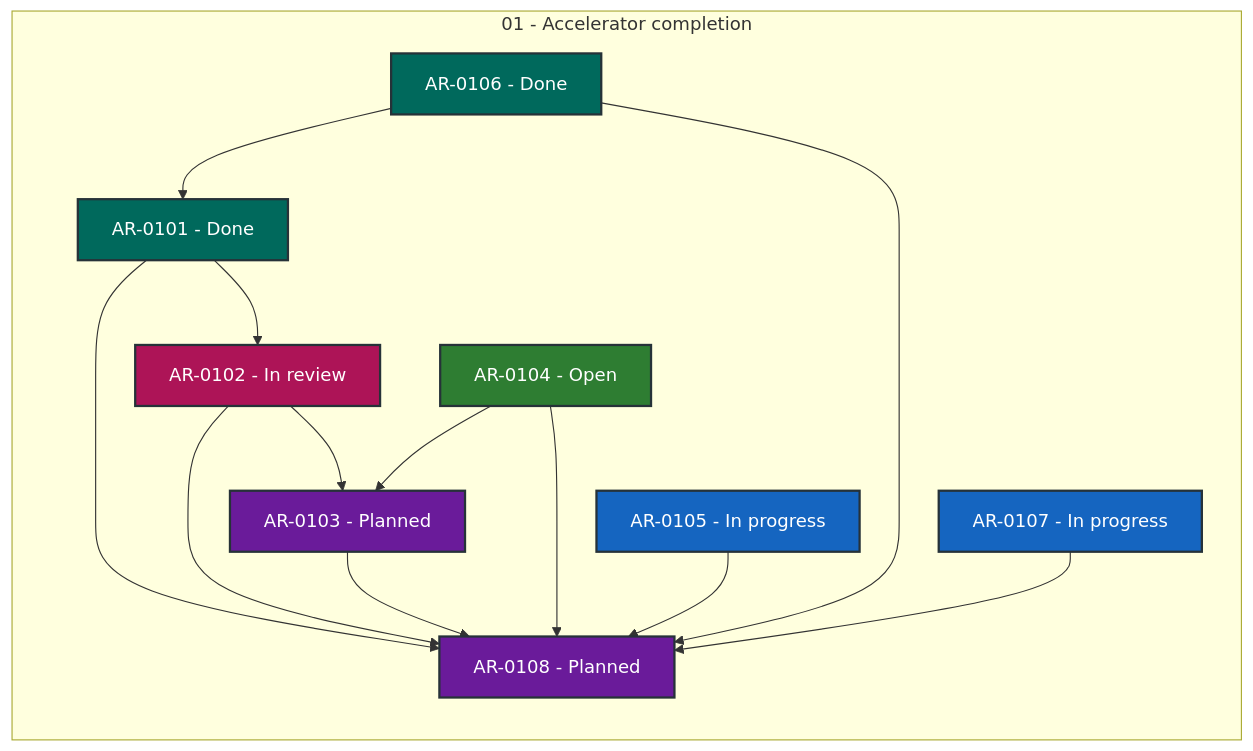
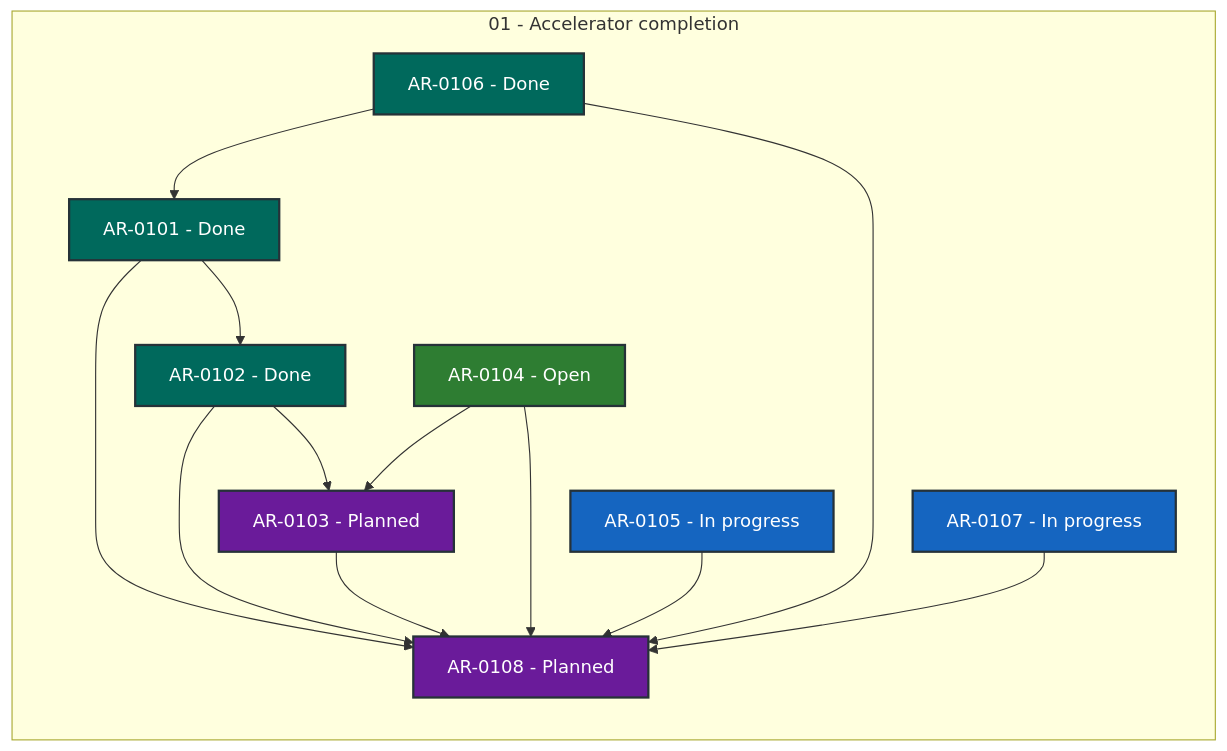
Before and after one commit to locutus3009/exgame: the diagram in coordination/STATUS.md, drawn with Mermaid. The commit also changed other lines of this file and 2 other files, not shown here.

Commit message:
chore(state): review AR-0102

````diff
--- a/coordination/STATUS.md
+++ b/coordination/STATUS.md
@@ -28,34 +28,34 @@
 ```mermaid
 flowchart LR
     subgraph series_01["01 - Accelerator completion"]
         direction TB
         AR_0101["AR-0101 - Done"]:::status_done
-        AR_0102["AR-0102 - In review"]:::status_in_review
+        AR_0102["AR-0102 - Done"]:::status_done
         AR_0103["AR-0103 - Planned"]:::status_planned
         AR_0104["AR-0104 - Open"]:::status_open
         AR_0105["AR-0105 - In progress"]:::status_in_progress
         AR_0106["AR-0106 - Done"]:::status_done
         AR_0107["AR-0107 - In progress"]:::status_in_progress
         AR_0108["AR-0108 - Planned"]:::status_planned
     end
     AR_0101 --> AR_0102
     AR_0101 --> AR_0108
     AR_0102 --> AR_0103
     AR_0102 --> AR_0108
     AR_0103 --> AR_0108
     AR_0104 --> AR_0103
     AR_0104 --> AR_0108
     AR_0105 --> AR_0108
     AR_0106 --> AR_0101
     AR_0106 --> AR_0108
     AR_0107 --> AR_0108
     classDef status_in_progress fill:#1565c0,color:#ffffff,stroke:#263238,stroke-width:2px
     classDef status_in_review fill:#ad1457,color:#ffffff,stroke:#263238,stroke-width:2px
     classDef status_open fill:#2e7d32,color:#ffffff,stroke:#263238,stroke-width:2px
     classDef status_blocked fill:#c62828,color:#ffffff,stroke:#263238,stroke-width:2px
     classDef status_planned fill:#6a1b9a,color:#ffffff,stroke:#263238,stroke-width:2px
     classDef status_future fill:#455a64,color:#ffffff,stroke:#263238,stroke-width:2px
     classDef status_done fill:#00695c,color:#ffffff,stroke:#263238,stroke-width:2px
     classDef status_cancelled fill:#616161,color:#ffffff,stroke:#263238,stroke-width:2px
     classDef status_superseded fill:#5d4037,color:#ffffff,stroke:#263238,stroke-width:2px
 ```
````
